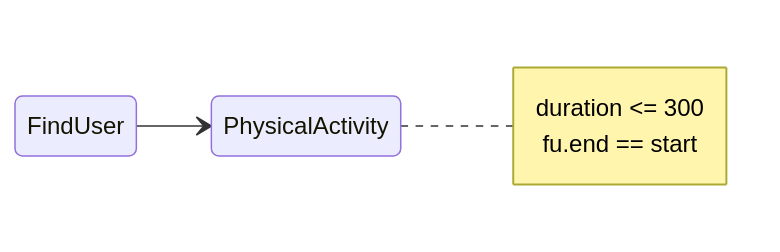
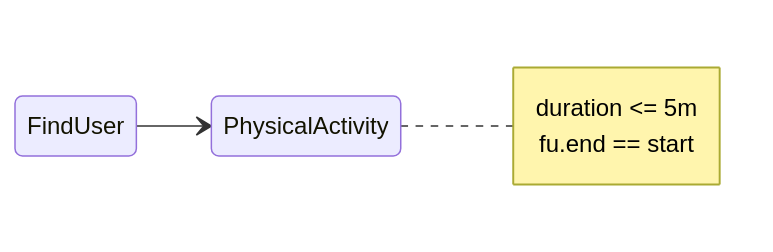
One commit to pstlab/RESTART changed the sixth of 8 diagrams in rules/README.md. Above: the diagram before and after it, drawn with Mermaid. The commit also changed other lines of this file, not shown here.

````diff
--- a/rules/README.md
+++ b/rules/README.md
@@ -97,6 +97,6 @@
 ```mermaid
 stateDiagram-v2
     direction LR
     FindUser --> PhysicalActivity
-    Note right of PhysicalActivity: duration <= 300<br/>fu.end == start
+    Note right of PhysicalActivity: duration <= 5m<br/>fu.end == start
 ```
````
